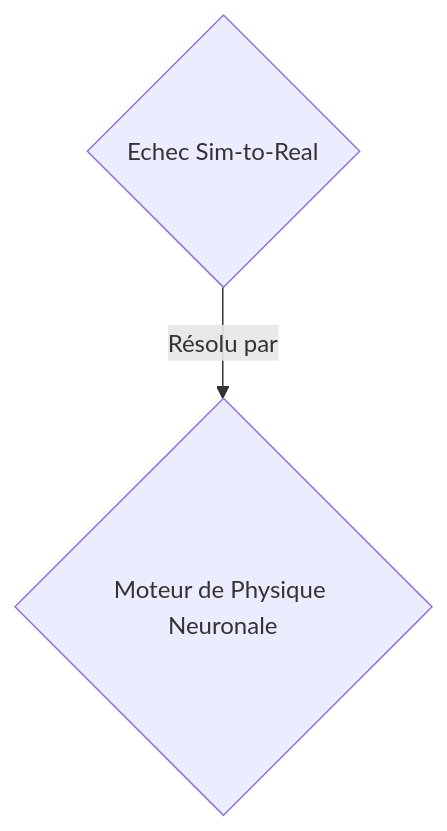
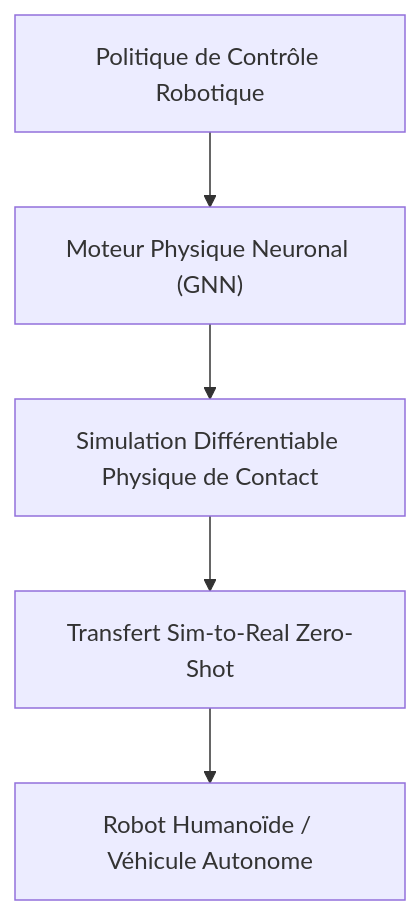
Before and after one commit to flouzzy/top-100-ai-startup-ideas: the first of 2 diagrams in archive/sim-to-real-engine/README.fr.md, drawn with Mermaid. The commit also changed other lines of this file and 56 other files, not shown here.

````diff
--- a/archive/sim-to-real-engine/README.fr.md
+++ b/archive/sim-to-real-engine/README.fr.md
@@ -17,4 +17,7 @@
 ```mermaid
 graph TD
-    A{"Echec Sim-to-Real"} -->|"Résolu par"| B{"Moteur de Physique Neuronale"}
+    A["Politique de Contrôle Robotique"] --> B["Moteur Physique Neuronal (GNN)"]
+    B --> C["Simulation Différentiable Physique de Contact"]
+    C --> D["Transfert Sim-to-Real Zero-Shot"]
+    D --> E["Robot Humanoïde / Véhicule Autonome"]
 ```
````
